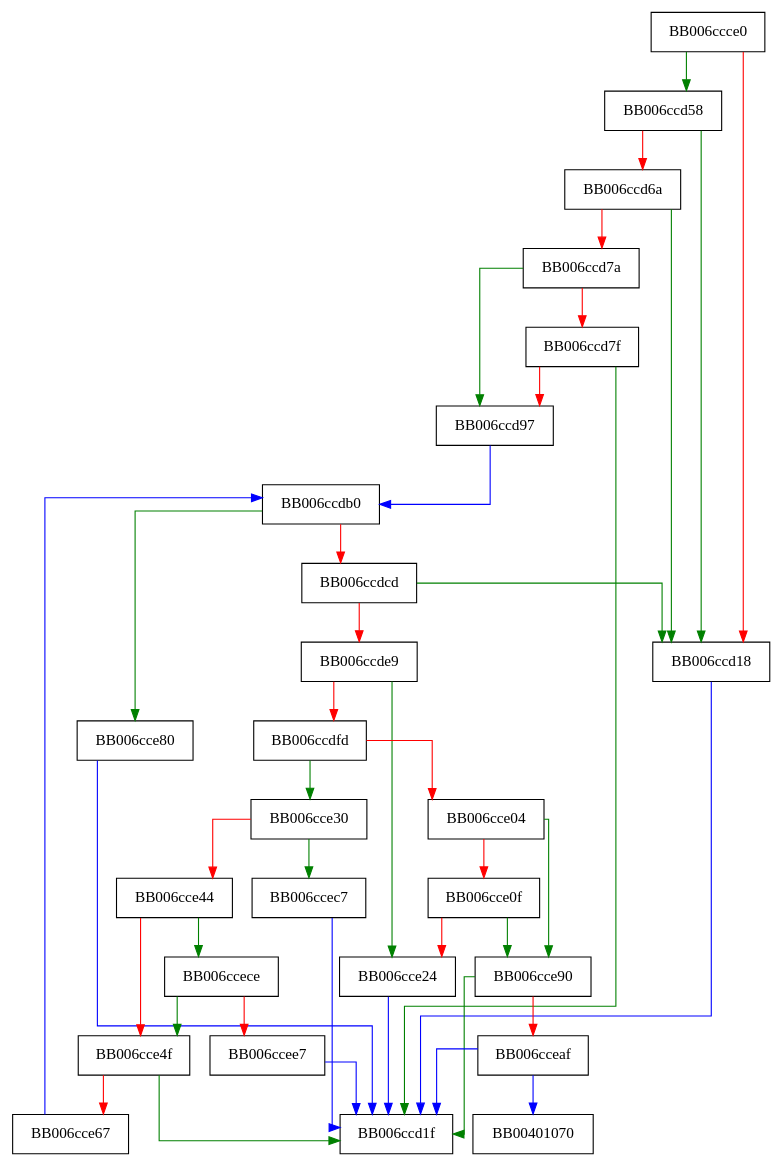
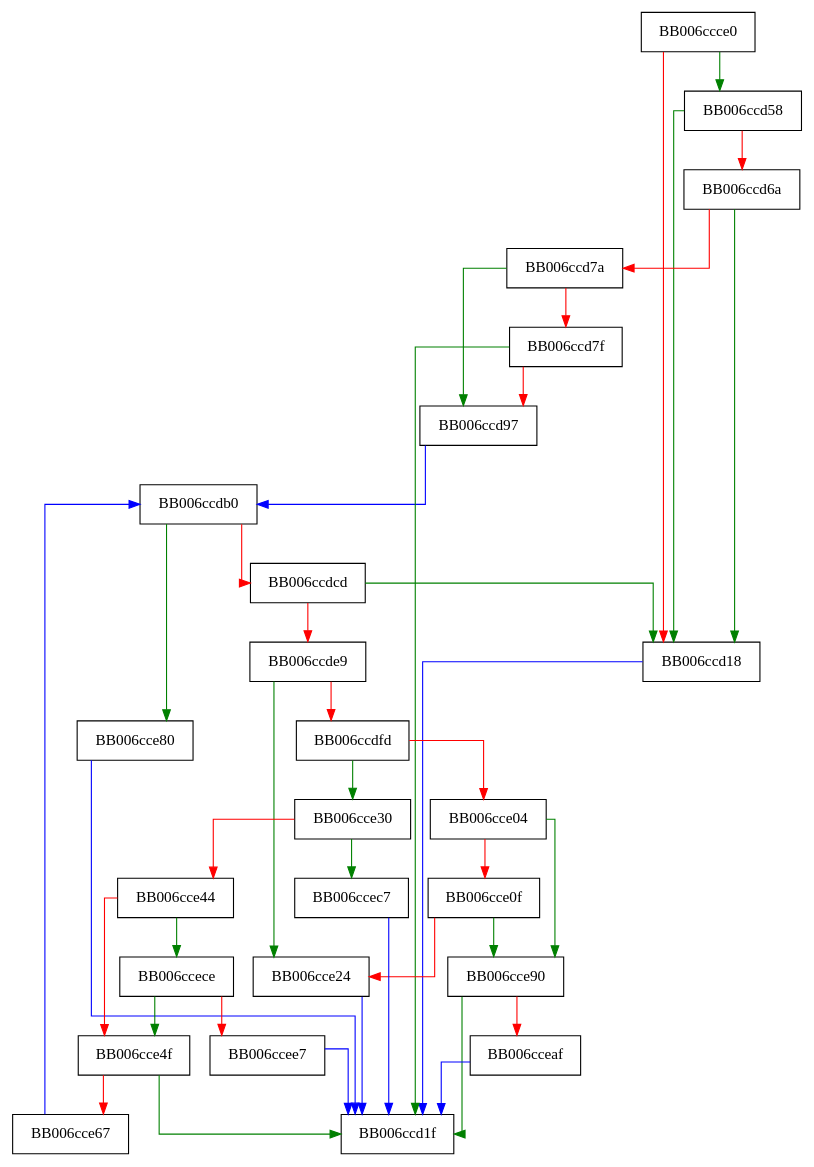
The diagram in openssl-static-gcc-dwarf/006ccce0.dot (v-p-b/ghidra-function-graph-datasets), drawn with Graphviz before and after one commit. The commit also changed 16867 other files, not shown here.

```diff
--- a/openssl-static-gcc-dwarf/006ccce0.dot
+++ b/openssl-static-gcc-dwarf/006ccce0.dot
@@ -1,45 +1,44 @@
 digraph tls1_prf_P_hash {
   node [shape="box"];
   graph [splines=ortho];
   BB006ccce0 -> BB006ccd58 [color="green"];
   BB006ccce0 -> BB006ccd18 [color="red"];
   BB006ccd18 -> BB006ccd1f [color="blue"];
   BB006ccd58 -> BB006ccd18 [color="green"];
   BB006ccd58 -> BB006ccd6a [color="red"];
   BB006ccd6a -> BB006ccd18 [color="green"];
   BB006ccd6a -> BB006ccd7a [color="red"];
   BB006ccd7a -> BB006ccd97 [color="green"];
   BB006ccd7a -> BB006ccd7f [color="red"];
   BB006ccd7f -> BB006ccd1f [color="green"];
   BB006ccd7f -> BB006ccd97 [color="red"];
   BB006ccd97 -> BB006ccdb0 [color="blue"];
   BB006ccdb0 -> BB006cce80 [color="green"];
   BB006ccdb0 -> BB006ccdcd [color="red"];
   BB006ccdcd -> BB006ccd18 [color="green"];
   BB006ccdcd -> BB006ccde9 [color="red"];
   BB006ccde9 -> BB006cce24 [color="green"];
   BB006ccde9 -> BB006ccdfd [color="red"];
   BB006ccdfd -> BB006cce30 [color="green"];
   BB006ccdfd -> BB006cce04 [color="red"];
   BB006cce04 -> BB006cce90 [color="green"];
   BB006cce04 -> BB006cce0f [color="red"];
   BB006cce0f -> BB006cce90 [color="green"];
   BB006cce0f -> BB006cce24 [color="red"];
   BB006cce24 -> BB006ccd1f [color="blue"];
   BB006cce30 -> BB006ccec7 [color="green"];
   BB006cce30 -> BB006cce44 [color="red"];
   BB006cce44 -> BB006ccece [color="green"];
   BB006cce44 -> BB006cce4f [color="red"];
   BB006cce4f -> BB006ccd1f [color="green"];
   BB006cce4f -> BB006cce67 [color="red"];
   BB006cce67 -> BB006ccdb0 [color="blue"];
   BB006cce80 -> BB006ccd1f [color="blue"];
   BB006cce90 -> BB006ccd1f [color="green"];
   BB006cce90 -> BB006cceaf [color="red"];
-  BB006cceaf -> BB00401070 [color="blue"];
   BB006cceaf -> BB006ccd1f [color="blue"];
   BB006ccec7 -> BB006ccd1f [color="blue"];
   BB006ccece -> BB006cce4f [color="green"];
   BB006ccece -> BB006ccee7 [color="red"];
   BB006ccee7 -> BB006ccd1f [color="blue"];
 }
```
